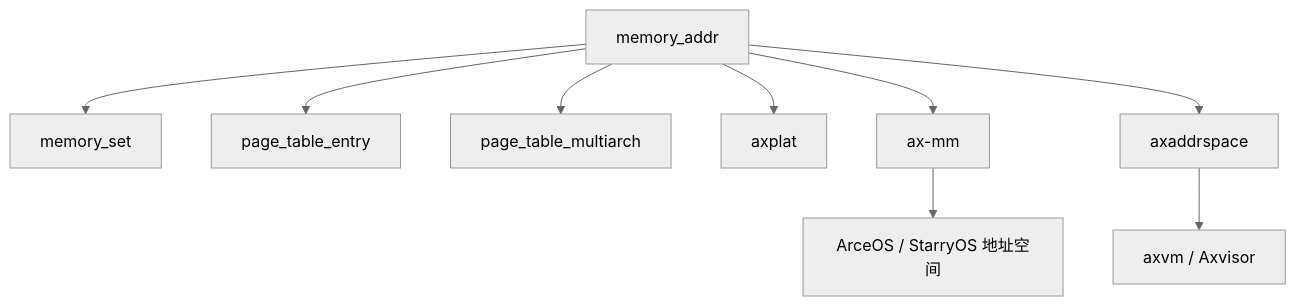
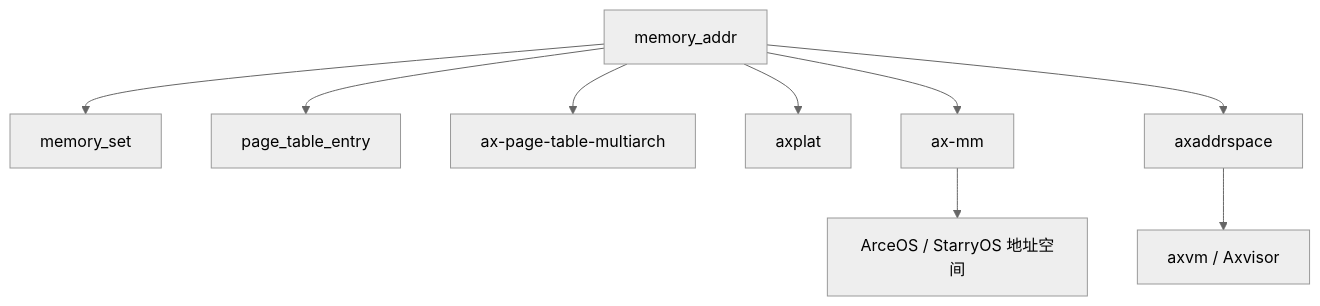
The diagram in docs/crates/memory_addr.md (zKurisu/tgoskits), drawn with Mermaid (neutral theme) before and after one commit. The commit also changed other lines of this file and 48 other files, not shown here.

Commit message:
rename page_table_multiarch to ax-page-table-multiarch

````diff
--- a/docs/crates/memory_addr.md
+++ b/docs/crates/memory_addr.md
@@ -173,12 +173,12 @@
 ```mermaid
 graph TD
     A[memory_addr]
     A --> B[memory_set]
     A --> C[page_table_entry]
-    A --> D[page_table_multiarch]
+    A --> D[ax-page-table-multiarch]
     A --> E[axplat]
     A --> F[ax-mm]
     A --> G[axaddrspace]
     G --> H[axvm / Axvisor]
     F --> I[ArceOS / StarryOS 地址空间]
 ```
````
